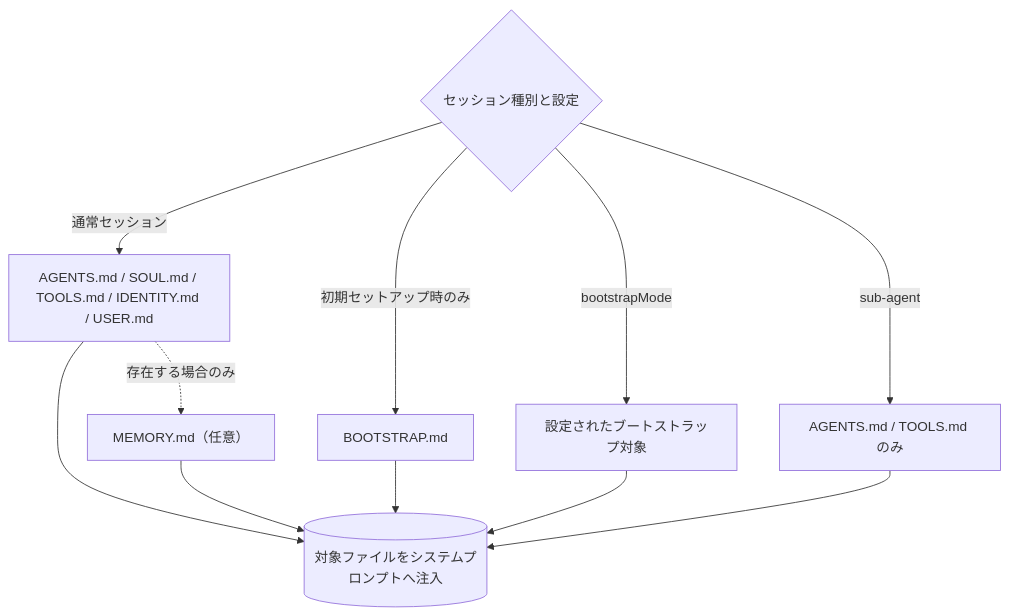
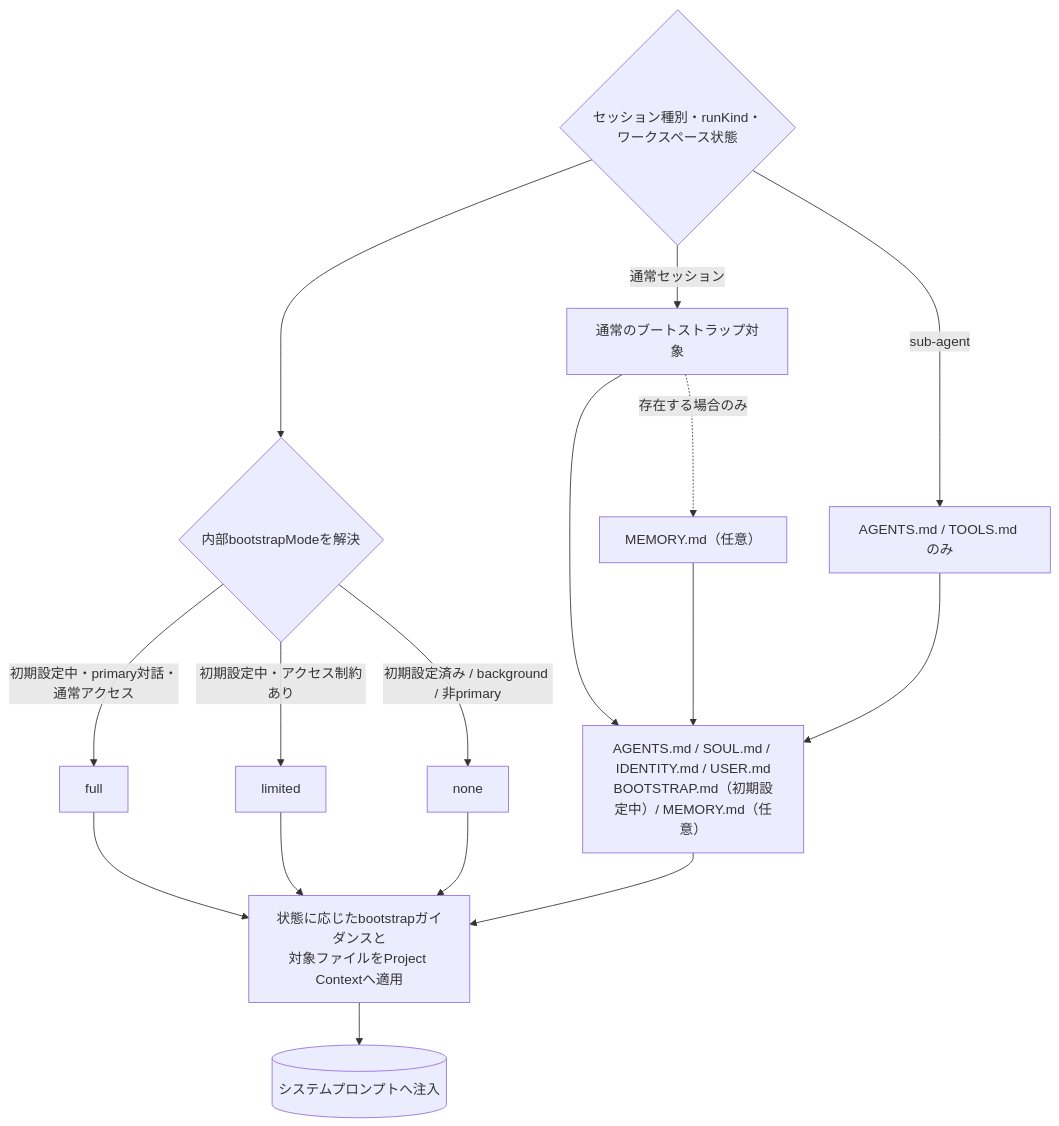
One commit to myoshi2891/Comparison-of-LLMs changed the third of 7 diagrams in archive/md/agent/Openclaw-agent-best-practices.md. Above: the diagram before and after it, drawn with Mermaid. The commit also changed other lines of this file, not shown here.

Commit message:
docs(openclaw): clarify bootstrap state and injection test

````diff
--- a/archive/md/agent/Openclaw-agent-best-practices.md
+++ b/archive/md/agent/Openclaw-agent-best-practices.md
@@ -107,14 +107,20 @@
 ```mermaid
 flowchart TB
-    MODE{"セッション種別と設定"}
-    MODE -->|"初期セットアップ時のみ"| BOOT["BOOTSTRAP.md"]
-    MODE -->|"通常セッション"| MAIN["AGENTS.md / SOUL.md / TOOLS.md / IDENTITY.md / USER.md"]
+    MODE{"セッション種別・runKind・<br/>ワークスペース状態"}
+    MODE --> RESOLVE{"内部bootstrapModeを解決"}
+    RESOLVE -->|"初期設定中・primary対話・通常アクセス"| FULL["full"]
+    RESOLVE -->|"初期設定中・アクセス制約あり"| LIMITED["limited"]
+    RESOLVE -->|"初期設定済み / background / 非primary"| NONE["none"]
+    FILES["AGENTS.md / SOUL.md / IDENTITY.md / USER.md<br/>BOOTSTRAP.md（初期設定中）/ MEMORY.md（任意）"]
+    FULL --> APPLY["状態に応じたbootstrapガイダンスと<br/>対象ファイルをProject Contextへ適用"]
+    LIMITED --> APPLY
+    NONE --> APPLY
+    FILES --> APPLY
+    APPLY --> SYS[("システムプロンプトへ注入")]
+    MODE -->|"通常セッション"| MAIN["通常のブートストラップ対象"]
     MAIN -.->|"存在する場合のみ"| MEM["MEMORY.md（任意）"]
-    MODE -->|"bootstrapMode"| BOOTMODE["設定されたブートストラップ対象"]
     MODE -->|"sub-agent"| SUB["AGENTS.md / TOOLS.md のみ"]
-    MAIN --> SYS[("対象ファイルをシステムプロンプトへ注入")]
-    MEM --> SYS
-    BOOT --> SYS
-    BOOTMODE --> SYS
-    SUB --> SYS
+    MAIN --> FILES
+    MEM --> FILES
+    SUB --> FILES
 ```
````
